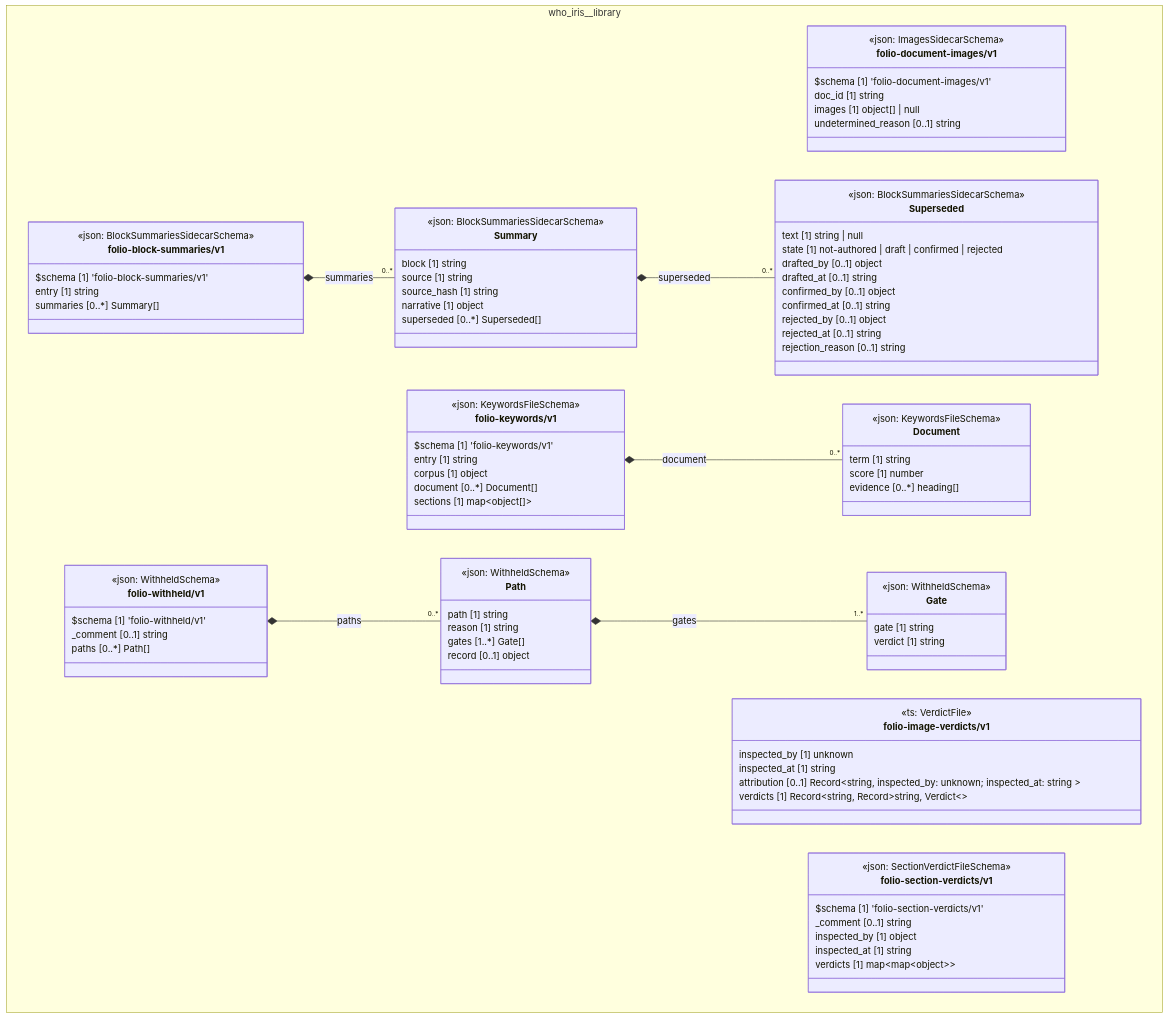
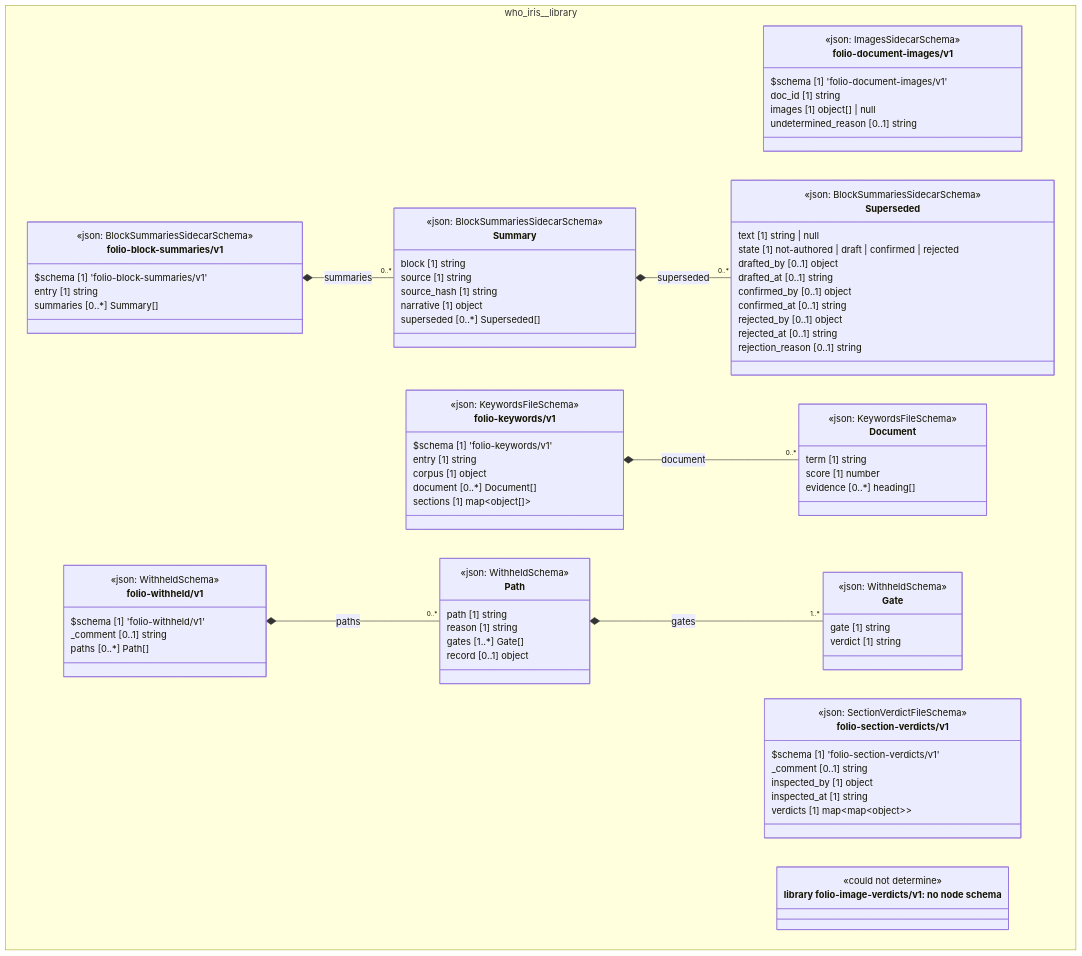
The diagram in docs/uml/overview/who-iris/library.md (litlfred/cat-harness), drawn with Mermaid before and after one commit. The commit also changed other lines of this file and 2545 other files, not shown here.

````diff
--- a/docs/uml/overview/who-iris/library.md
+++ b/docs/uml/overview/who-iris/library.md
@@ -54,13 +54,6 @@
       doc_id [1] string
       images [1] object[] | null
       undetermined_reason [0..1] string
-    }
-    class who_iris_library_folio_image_verdicts_v1["folio-image-verdicts/v1"] {
-      <<ts: VerdictFile>>
-      inspected_by [1] unknown
-      inspected_at [1] string
-      attribution [0..1] Record~string,  inspected_by: unknown; inspected_at: string ~
-      verdicts [1] Record~string, Record~string, Verdict~~
     }
     class who_iris_library_folio_section_verdicts_v1_folio_section_verdicts_v1["folio-section-verdicts/v1"] {
       <<json: SectionVerdictFileSchema>>
@@ -128,6 +121,9 @@
       _comment [0..1] string
       paths [0..*] Path[]
     }
+    class n_who_iris_library_library_folio_image_verdicts_v1["library folio-image-verdicts/v1: no node schema"] {
+      <<could not determine>>
+    }
   }
   who_iris_library_folio_block_summaries_v1_Summary *-- "0..*" who_iris_library_folio_block_summaries_v1_Superseded : superseded
   who_iris_library_folio_block_summaries_v1_folio_block_summaries_v1 *-- "0..*" who_iris_library_folio_block_summaries_v1_Summary : summaries
@@ -135,7 +131,6 @@
   who_iris_library_folio_withheld_v1_Path *-- "1..*" who_iris_library_folio_withheld_v1_Gate : gates
   who_iris_library_folio_withheld_v1_folio_withheld_v1 *-- "0..*" who_iris_library_folio_withheld_v1_Path : paths
   cssClass "who_iris_library_folio_document_images_v1_folio_document_images_v1" fa_uml_kind_library
-  cssClass "who_iris_library_folio_image_verdicts_v1" fa_uml_kind_library
   cssClass "who_iris_library_folio_section_verdicts_v1_folio_section_verdicts_v1" fa_uml_kind_library
   cssClass "who_iris_library_folio_block_summaries_v1_Superseded" fa_uml_kind_library
   cssClass "who_iris_library_folio_block_summaries_v1_Summary" fa_uml_kind_library
@@ -145,4 +140,6 @@
   cssClass "who_iris_library_folio_withheld_v1_Gate" fa_uml_kind_library
   cssClass "who_iris_library_folio_withheld_v1_Path" fa_uml_kind_library
   cssClass "who_iris_library_folio_withheld_v1_folio_withheld_v1" fa_uml_kind_library
+  cssClass "n_who_iris_library_library_folio_image_verdicts_v1" fa_uml_kind_library_folio_image_verdicts_v1
+  cssClass "n_who_iris_library_library_folio_image_verdicts_v1" fa_uml_undetermined
 ```
````
